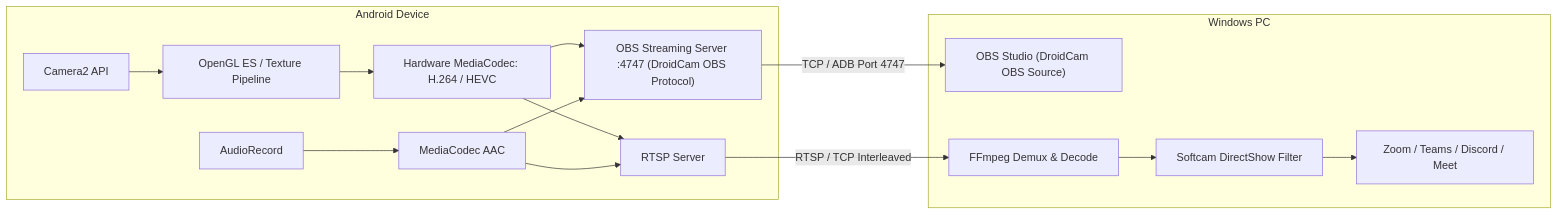
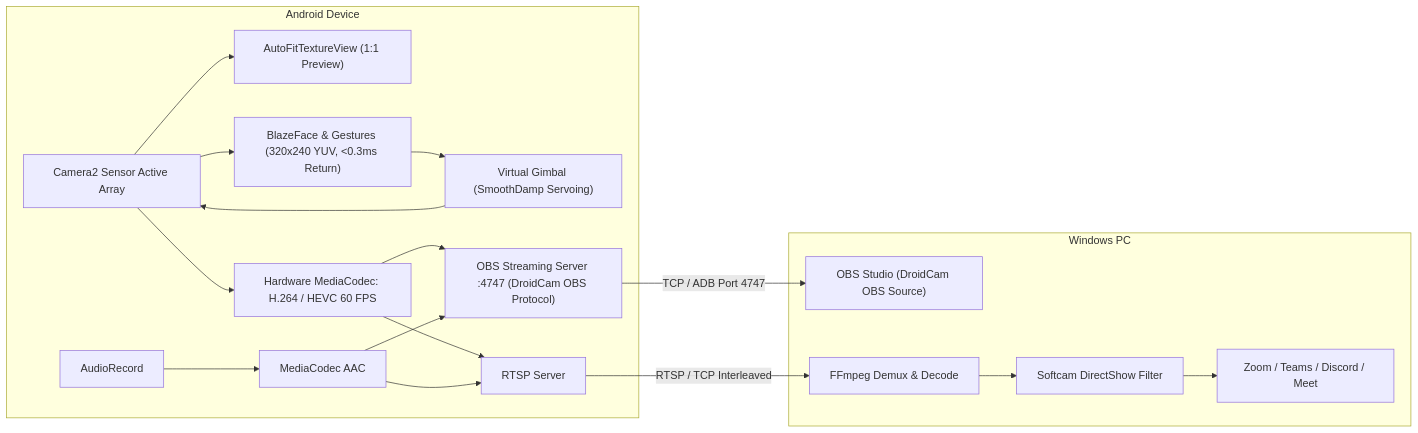
One commit to ShadowPlague21/VCamdroid changed the diagram in README.md. Above: the diagram before and after it, drawn with Mermaid. The commit also changed other lines of this file and 6 other files, not shown here.

Commit message:
refactor: remove 9:16 framing toggle and button, update README with AI tracker and studio architecture

````diff
--- a/README.md
+++ b/README.md
@@ -172,19 +188,22 @@
 ```mermaid
 flowchart LR
     subgraph Android["Android Device"]
-        C2["Camera2 API"] --> GL["OpenGL ES / Texture Pipeline"]
-        GL --> MC["Hardware MediaCodec: H.264 / HEVC"]
+        C2["Camera2 Sensor Active Array"] --> GL["AutoFitTextureView (1:1 Preview)"]
+        C2 --> ML["BlazeFace & Gestures (320x240 YUV, <0.3ms Return)"]
+        ML --> EPTZ["Virtual Gimbal (SmoothDamp Servoing)"]
+        EPTZ --> C2
+        C2 --> MC["Hardware MediaCodec: H.264 / HEVC 60 FPS"]
         MIC["AudioRecord"] --> AAC["MediaCodec AAC"]
         MC --> DCS["OBS Streaming Server :4747 (DroidCam OBS Protocol)"]
         AAC --> DCS
         MC --> RTSPS["RTSP Server"]
         AAC --> RTSPS
     end
 
     subgraph Desktop["Windows PC"]
         DCS -- "TCP / ADB Port 4747" --> OBS["OBS Studio (DroidCam OBS Source)"]
         RTSPS -- "RTSP / TCP Interleaved" --> FF["FFmpeg Demux & Decode"]
         FF --> SC["Softcam DirectShow Filter"]
         SC --> APPS["Zoom / Teams / Discord / Meet"]
     end
 ```
````
